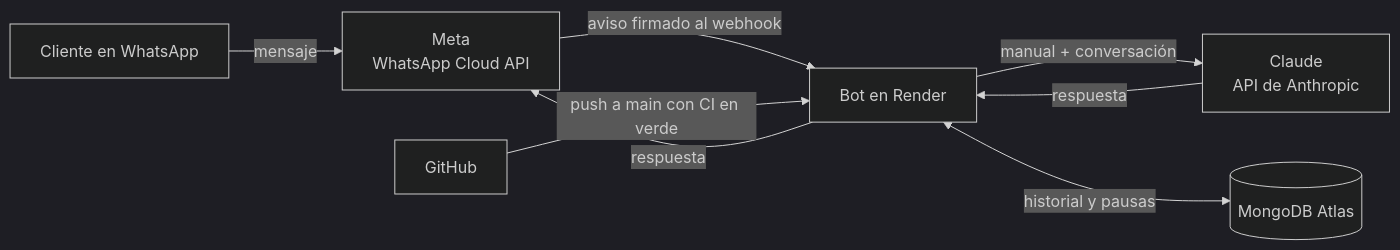
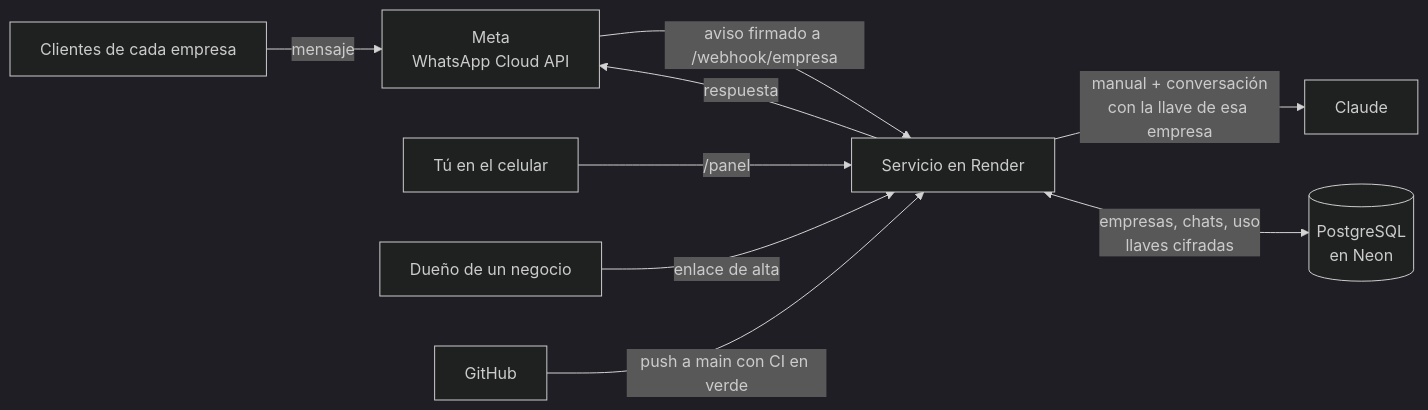
The diagram in README.md (hugozuniga770/Bot-WhatsApp), drawn with Mermaid (dark theme) before and after one commit. The commit also changed other lines of this file and 49 other files, not shown here.

Commit message:
v2.0: multiempresa, panel, enlaces de alta, llaves cifradas y estimación de crédito

````diff
--- a/README.md
+++ b/README.md
@@ -28,10 +42,11 @@
 ```mermaid
 flowchart LR
-    C[Cliente en WhatsApp] -->|mensaje| M[Meta<br/>WhatsApp Cloud API]
-    M -->|aviso firmado al webhook| B[Bot en Render]
-    B -->|manual + conversación| IA[Claude<br/>API de Anthropic]
-    IA -->|respuesta| B
-    B <-->|historial y pausas| DB[(MongoDB Atlas)]
+    C[Clientes de cada empresa] -->|mensaje| M[Meta<br/>WhatsApp Cloud API]
+    M -->|aviso firmado a /webhook/empresa| B[Servicio en Render]
+    B -->|manual + conversación<br/>con la llave de esa empresa| IA[Claude]
+    B <-->|empresas, chats, uso<br/>llaves cifradas| DB[(PostgreSQL<br/>en Neon)]
     B -->|respuesta| M
+    H[Tú en el celular] -->|/panel| B
+    D[Dueño de un negocio] -->|enlace de alta| B
     G[GitHub] -->|push a main con CI en verde| B
 ```
````
